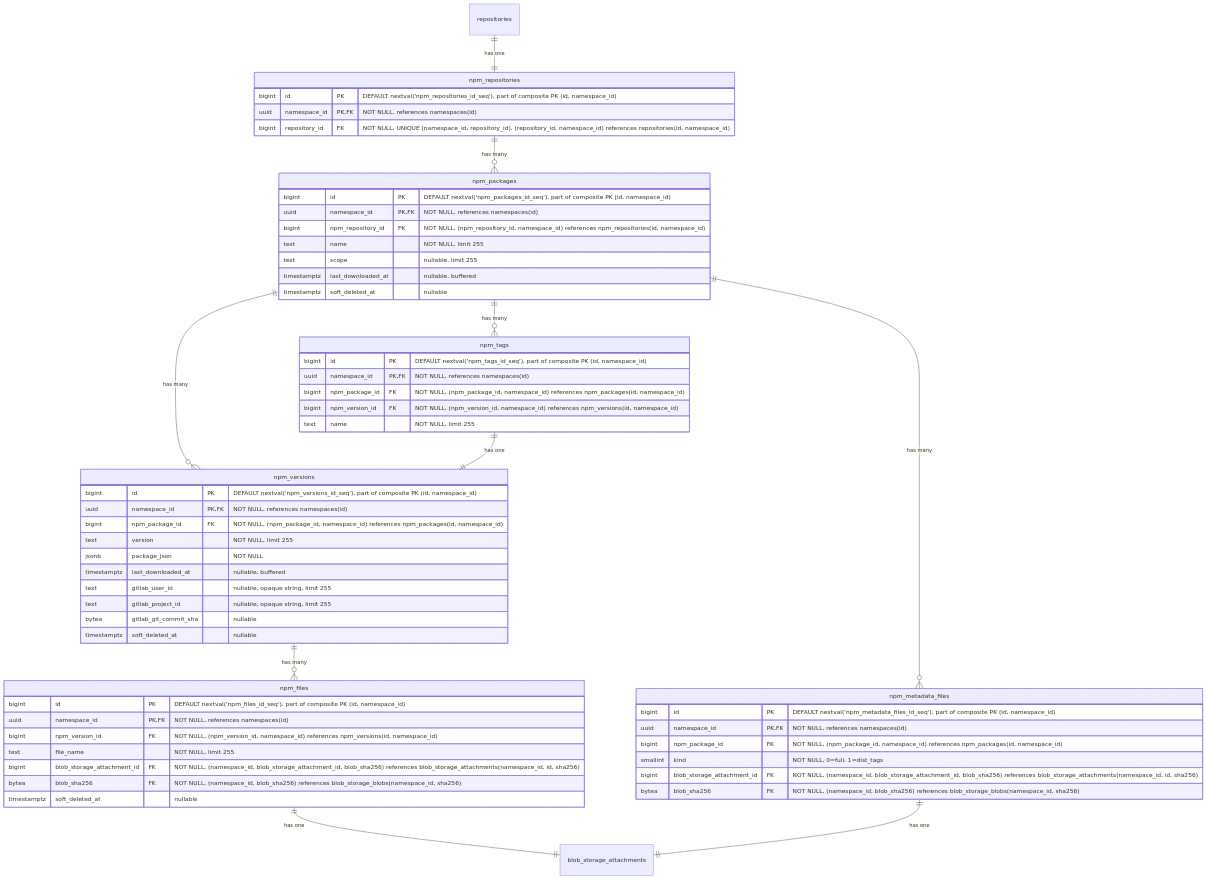
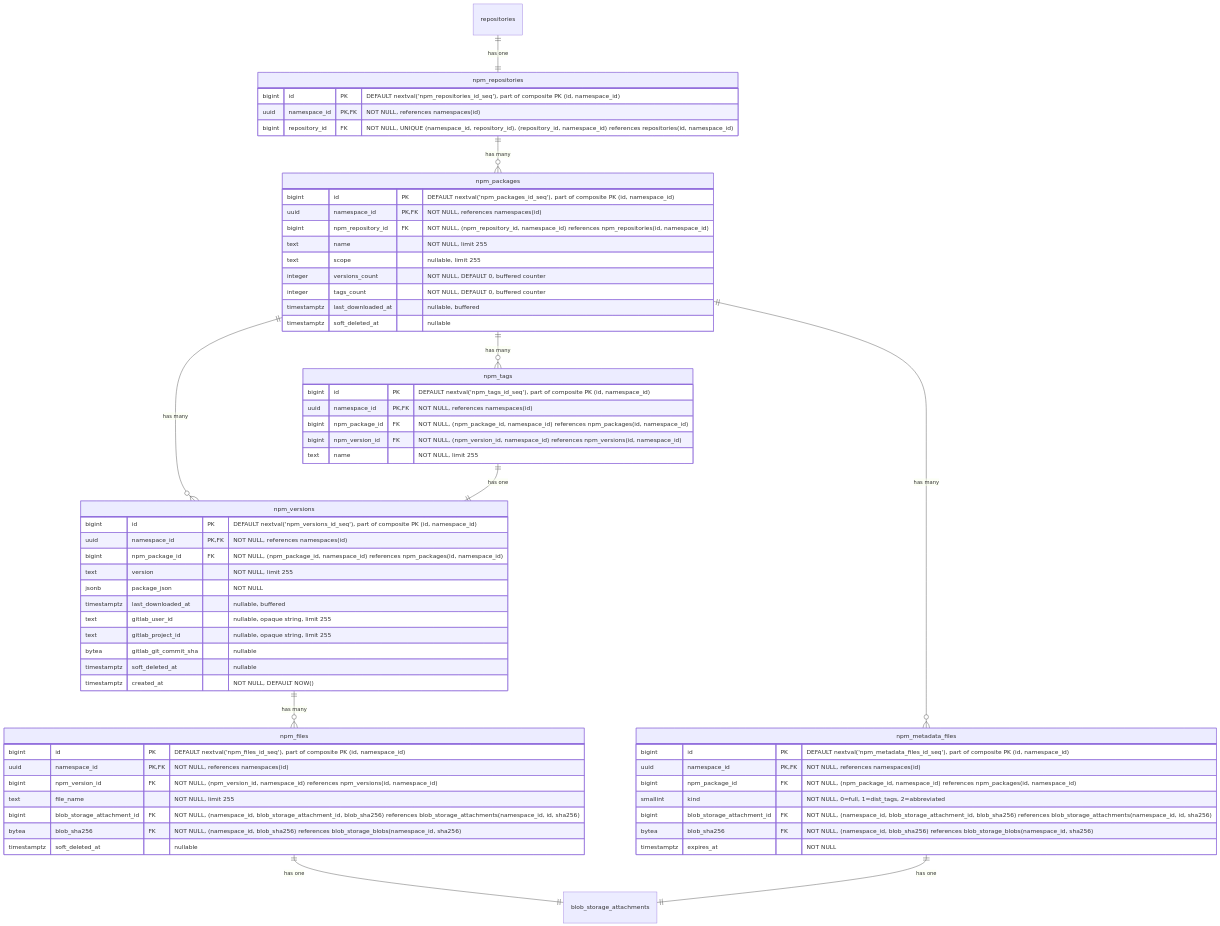
Before and after one commit to kyama0/gitlab-handbook-ja: diagram 13 of 19 in content/handbook/engineering/architecture/design-documents/artifact_registry/decisions/007_database_schema.md, drawn with Mermaid. The commit also changed other lines of this file and 2 other files, not shown here.

First line of the commit message:
translation: update working-issues test-suite flow & ADR 007 schema; bump upstream

````diff
--- a/content/handbook/engineering/architecture/design-documents/artifact_registry/decisions/007_database_schema.md
+++ b/content/handbook/engineering/architecture/design-documents/artifact_registry/decisions/007_database_schema.md
@@ -1019,68 +1023,72 @@
 ```mermaid
 erDiagram
     repositories ||--|| npm_repositories : "has one"
     npm_repositories ||--o{ npm_packages : "has many"
     npm_packages ||--o{ npm_versions : "has many"
     npm_packages ||--o{ npm_tags : "has many"
     npm_versions ||--o{ npm_files : "has many"
     npm_tags ||--|| npm_versions : "has one"
     npm_packages ||--o{ npm_metadata_files : "has many"
     npm_files ||--|| blob_storage_attachments : "has one"
     npm_metadata_files ||--|| blob_storage_attachments : "has one"
 
     npm_repositories {
         bigint id PK "DEFAULT nextval('npm_repositories_id_seq'), part of composite PK (id, namespace_id)"
         uuid namespace_id PK,FK "NOT NULL, references namespaces(id)"
         bigint repository_id FK "NOT NULL, UNIQUE (namespace_id, repository_id), (repository_id, namespace_id) references repositories(id, namespace_id)"
     }
 
     npm_packages {
         bigint id PK "DEFAULT nextval('npm_packages_id_seq'), part of composite PK (id, namespace_id)"
         uuid namespace_id PK,FK "NOT NULL, references namespaces(id)"
         bigint npm_repository_id FK "NOT NULL, (npm_repository_id, namespace_id) references npm_repositories(id, namespace_id)"
         text name "NOT NULL, limit 255"
         text scope "nullable, limit 255"
+        integer versions_count "NOT NULL, DEFAULT 0, buffered counter"
+        integer tags_count "NOT NULL, DEFAULT 0, buffered counter"
         timestamptz last_downloaded_at "nullable, buffered"
         timestamptz soft_deleted_at "nullable"
     }
 
     npm_versions {
         bigint id PK "DEFAULT nextval('npm_versions_id_seq'), part of composite PK (id, namespace_id)"
         uuid namespace_id PK,FK "NOT NULL, references namespaces(id)"
         bigint npm_package_id FK "NOT NULL, (npm_package_id, namespace_id) references npm_packages(id, namespace_id)"
         text version "NOT NULL, limit 255"
         jsonb package_json "NOT NULL"
         timestamptz last_downloaded_at "nullable, buffered"
         text gitlab_user_id "nullable, opaque string, limit 255"
         text gitlab_project_id "nullable, opaque string, limit 255"
         bytea gitlab_git_commit_sha "nullable"
         timestamptz soft_deleted_at "nullable"
+        timestamptz created_at "NOT NULL, DEFAULT NOW()"
     }
 
     npm_tags {
         bigint id PK "DEFAULT nextval('npm_tags_id_seq'), part of composite PK (id, namespace_id)"
         uuid namespace_id PK,FK "NOT NULL, references namespaces(id)"
         bigint npm_package_id FK "NOT NULL, (npm_package_id, namespace_id) references npm_packages(id, namespace_id)"
         bigint npm_version_id FK "NOT NULL, (npm_version_id, namespace_id) references npm_versions(id, namespace_id)"
         text name "NOT NULL, limit 255"
     }
 
     npm_files {
         bigint id PK "DEFAULT nextval('npm_files_id_seq'), part of composite PK (id, namespace_id)"
         uuid namespace_id PK,FK "NOT NULL, references namespaces(id)"
         bigint npm_version_id FK "NOT NULL, (npm_version_id, namespace_id) references npm_versions(id, namespace_id)"
         text file_name "NOT NULL, limit 255"
         bigint blob_storage_attachment_id FK "NOT NULL, (namespace_id, blob_storage_attachment_id, blob_sha256) references blob_storage_attachments(namespace_id, id, sha256)"
         bytea blob_sha256 FK "NOT NULL, (namespace_id, blob_sha256) references blob_storage_blobs(namespace_id, sha256)"
         timestamptz soft_deleted_at "nullable"
     }
 
     npm_metadata_files {
         bigint id PK "DEFAULT nextval('npm_metadata_files_id_seq'), part of composite PK (id, namespace_id)"
         uuid namespace_id PK,FK "NOT NULL, references namespaces(id)"
         bigint npm_package_id FK "NOT NULL, (npm_package_id, namespace_id) references npm_packages(id, namespace_id)"
-        smallint kind "NOT NULL, 0=full, 1=dist_tags"
+        smallint kind "NOT NULL, 0=full, 1=dist_tags, 2=abbreviated"
         bigint blob_storage_attachment_id FK "NOT NULL, (namespace_id, blob_storage_attachment_id, blob_sha256) references blob_storage_attachments(namespace_id, id, sha256)"
         bytea blob_sha256 FK "NOT NULL, (namespace_id, blob_sha256) references blob_storage_blobs(namespace_id, sha256)"
+        timestamptz expires_at "NOT NULL"
     }
 ```
````
